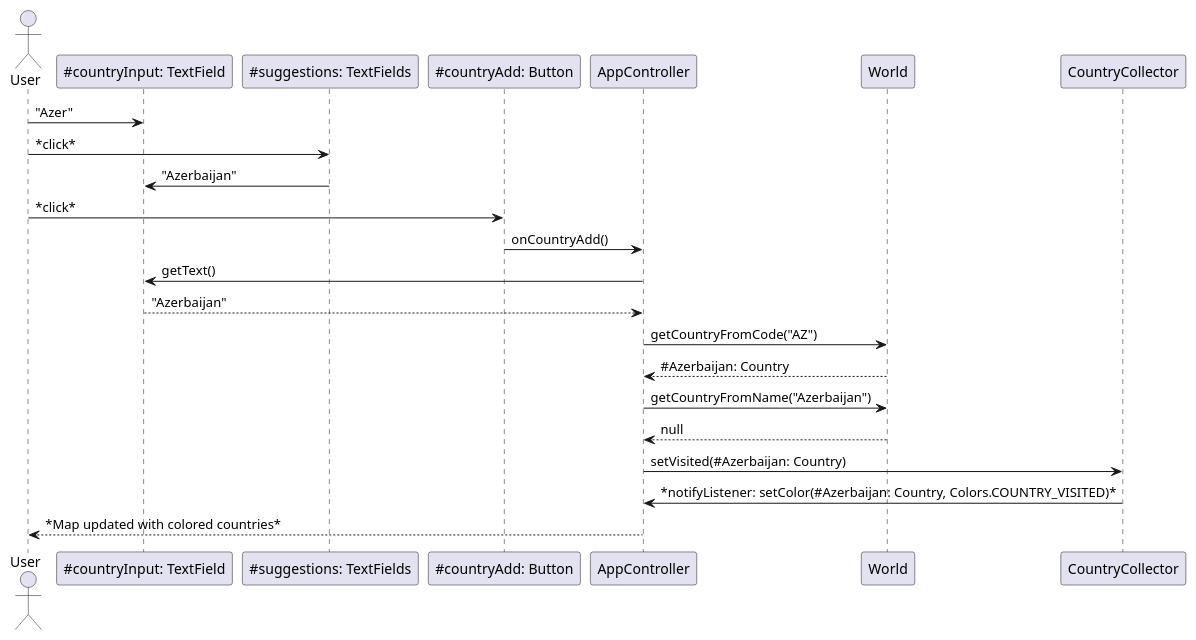
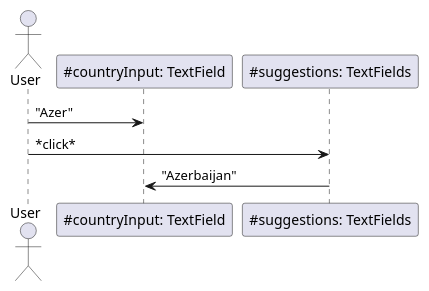
The third of 4 diagrams in userStories/README.md (dotClique/globingular), drawn with PlantUML before and after one commit.

Commit message:
Simplify plantuml for user story 5

````diff
--- a/userStories/README.md
+++ b/userStories/README.md
@@ -60,18 +60,8 @@
 ```plantuml
 
 actor User
 User -> "~#countryInput: TextField" as countryInput: "Azer"
 User -> "~#suggestions: TextFields" as suggestions: *click*
 suggestions -> countryInput: "Azerbaijan"
-User -> "~#countryAdd: Button" as countryAdd: *click*
-countryAdd -> AppController: onCountryAdd()
-AppController -> countryInput: getText()
-return "Azerbaijan"
-AppController -> World: getCountryFromCode("AZ")
-return ~#Azerbaijan: Country
-AppController -> World: getCountryFromName("Azerbaijan")
-return null
-AppController -> CountryCollector: setVisited(#Azerbaijan: Country)
-CountryCollector -> AppController: *notifyListener: setColor(#Azerbaijan: Country, Colors.COUNTRY_VISITED)*
-AppController --> User: *Map updated with colored countries*
+
 ```
````
